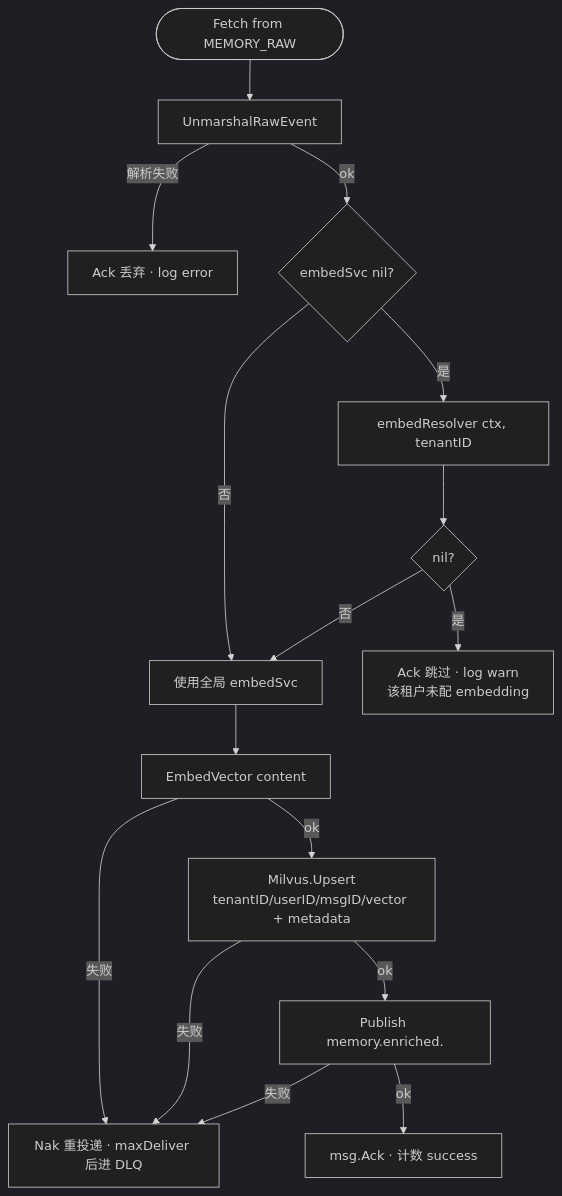
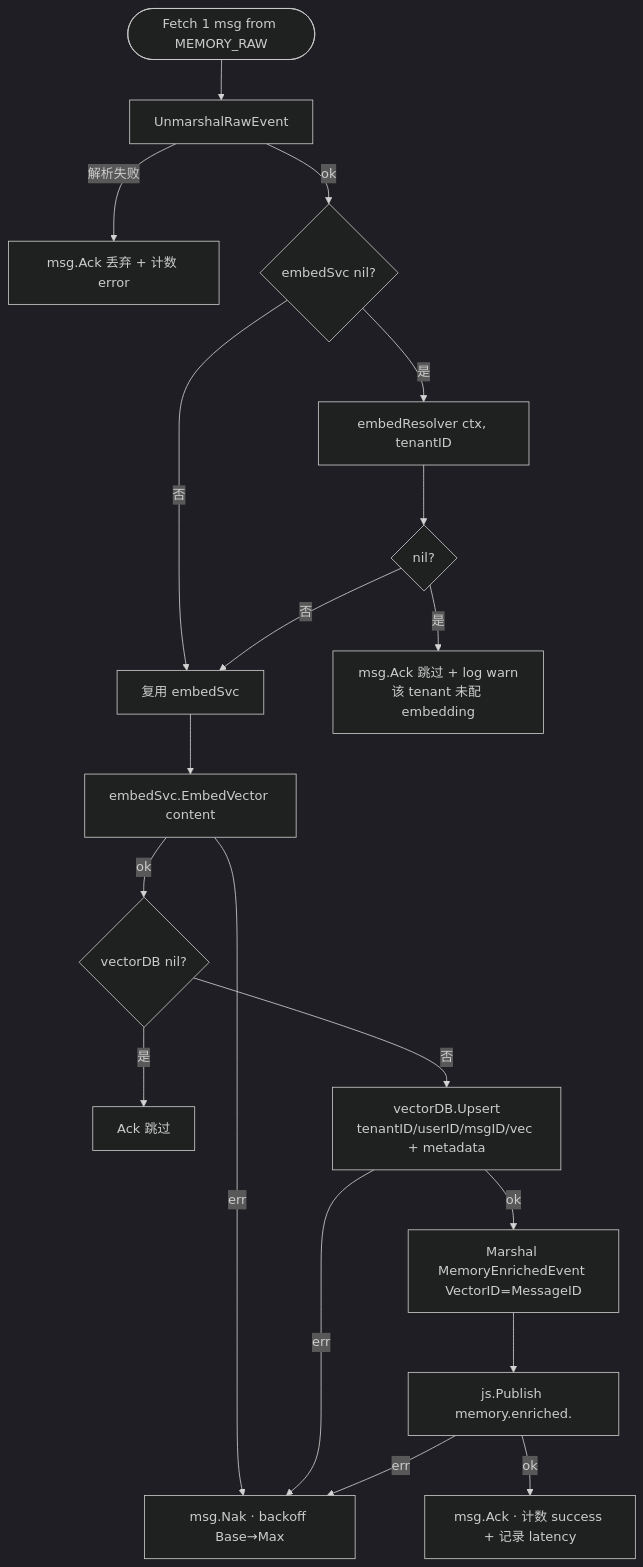
Diagram 14 of 23 in docs/agent/agent-chat-flow.md (ArchChuan/Stratum), drawn with Mermaid (dark theme) before and after one commit. The commit also changed other lines of this file and 198 other files, not shown here.

````diff
--- a/docs/agent/agent-chat-flow.md
+++ b/docs/agent/agent-chat-flow.md
@@ -581,18 +621,21 @@
 ```mermaid
 flowchart TB
-    Start([Fetch from MEMORY_RAW]) --> Unmar[UnmarshalRawEvent]
-    Unmar -- 解析失败 --> Ack0[Ack 丢弃 · log error]
+    Fetch([Fetch 1 msg from MEMORY_RAW]) --> Unmar[UnmarshalRawEvent]
+    Unmar -- 解析失败 --> AckErr[msg.Ack 丢弃 + 计数 error]
     Unmar -- ok --> Resolve{embedSvc nil?}
-    Resolve -- 否 --> Use[使用全局 embedSvc]
+    Resolve -- 否 --> UseGlobal[复用 embedSvc]
     Resolve -- 是 --> Per[embedResolver ctx, tenantID]
     Per --> Skip{nil?}
-    Skip -- 是 --> AckSkip[Ack 跳过 · log warn<br/>该租户未配 embedding]
-    Skip -- 否 --> Use
-    Use --> Embed[EmbedVector content]
-    Embed -- 失败 --> Nak1[Nak 重投递 · maxDeliver 后进 DLQ]
-    Embed -- ok --> Up[Milvus.Upsert<br/>tenantID/userID/msgID/vector + metadata]
-    Up -- 失败 --> Nak1
-    Up -- ok --> Pub[Publish memory.enriched.<tenant_id>]
-    Pub -- 失败 --> Nak1
-    Pub -- ok --> Ack1[msg.Ack · 计数 success]
+    Skip -- 是 --> AckSkip[msg.Ack 跳过 + log warn<br/>该 tenant 未配 embedding]
+    Skip -- 否 --> UseGlobal
+    UseGlobal --> Em[embedSvc.EmbedVector content]
+    Em -- err --> Nak1[msg.Nak · backoff Base→Max]
+    Em -- ok --> CheckV{vectorDB nil?}
+    CheckV -- 是 --> AckSkip2[Ack 跳过]
+    CheckV -- 否 --> Up[vectorDB.Upsert<br/>tenantID/userID/msgID/vec + metadata]
+    Up -- err --> Nak1
+    Up -- ok --> Marsh[Marshal MemoryEnrichedEvent VectorID=MessageID]
+    Marsh --> PubE[js.Publish memory.enriched.<tenantID>]
+    PubE -- err --> Nak1
+    PubE -- ok --> Ack[msg.Ack · 计数 success + 记录 latency]
 ```
````
